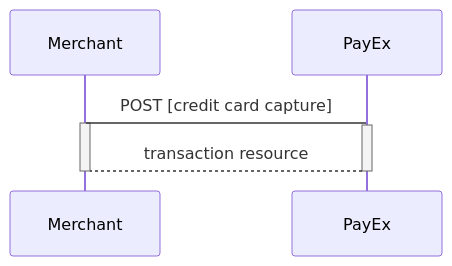
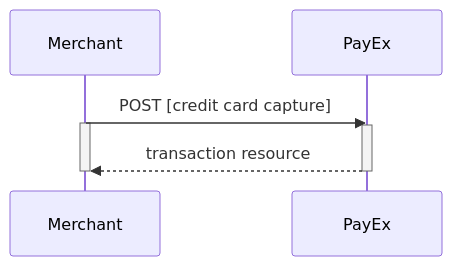
One commit to SwedbankPay/developer.swedbankpay.com changed the eighth of 10 diagrams in payments/credit-card/after-payment.md. Above: the diagram before and after it, drawn with Mermaid. The commit also changed other lines of this file, not shown here.

Commit message:
DX-266 removed link from diagram and added double arrowhead to diagrams

````diff
--- a/payments/credit-card/after-payment.md
+++ b/payments/credit-card/after-payment.md
@@ -683,9 +683,9 @@
 ```mermaid
 sequenceDiagram
-  Merchant->PayEx: POST [credit card capture]
+  Merchant->>PayEx: POST [credit card capture]
   Activate Merchant
   Activate PayEx
-  PayEx-->Merchant: transaction resource
+  PayEx-->>Merchant: transaction resource
   Deactivate PayEx
   Deactivate Merchant
 ```
````
